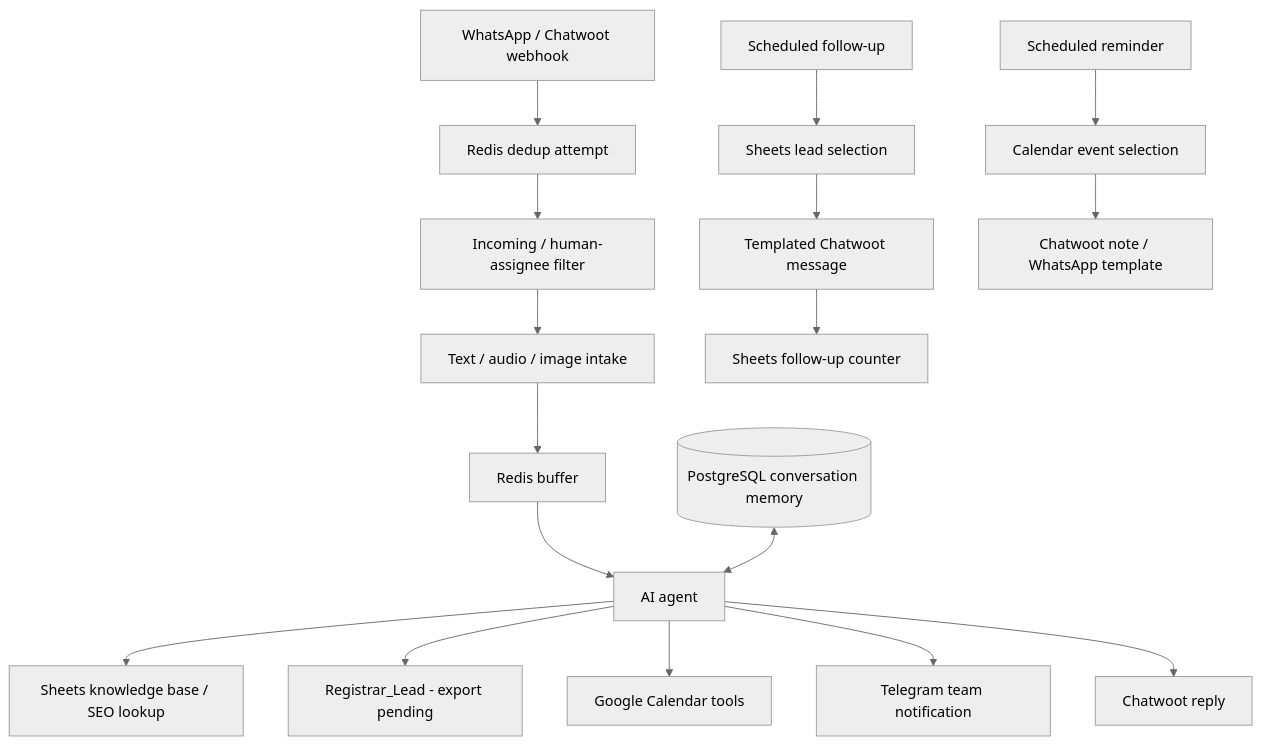
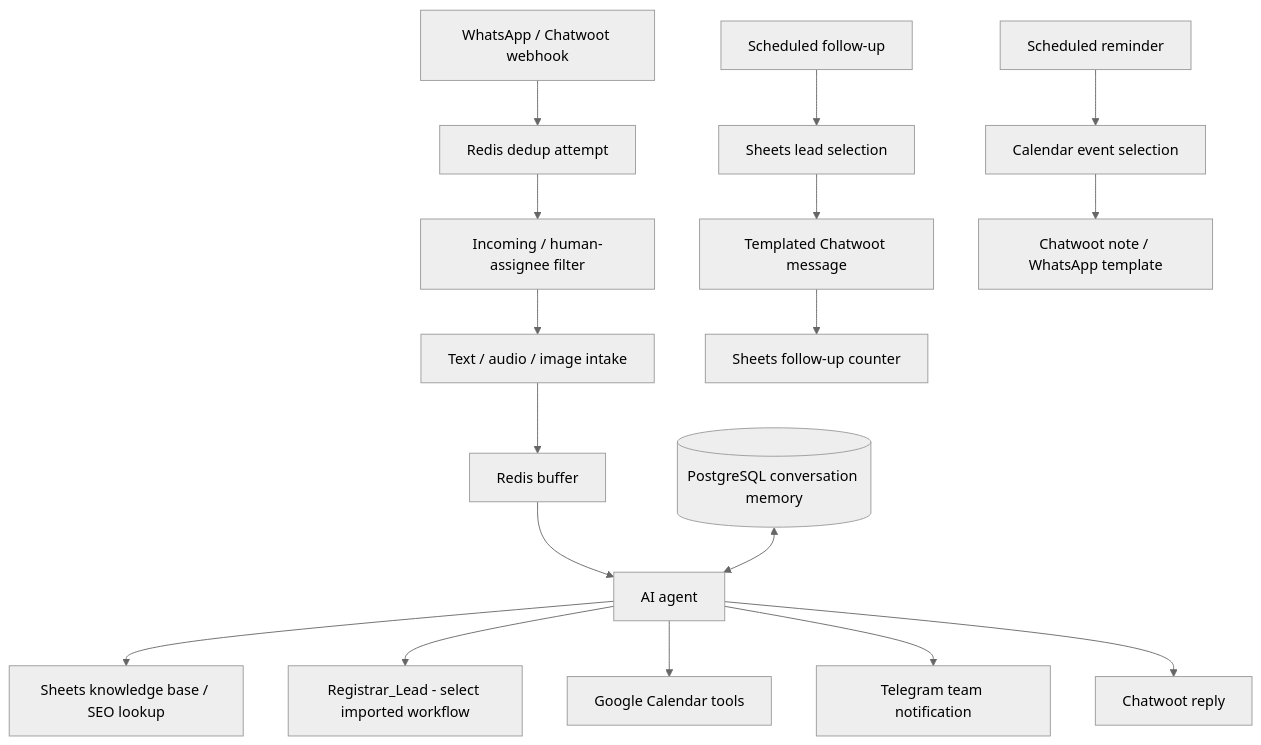
One commit to eduardoayalaq04/n8n-ai-whatsapp-sales-agent changed the diagram in README.md. Above: the diagram before and after it, drawn with Mermaid (neutral theme). The commit also changed other lines of this file and 4 other files, not shown here.

````diff
--- a/README.md
+++ b/README.md
@@ -23,19 +24,19 @@
 ```mermaid
 flowchart TD
   W[WhatsApp / Chatwoot webhook] --> D[Redis dedup attempt]
   D --> H[Incoming / human-assignee filter]
   H --> M[Text / audio / image intake]
   M --> B[Redis buffer]
   B --> A[AI agent]
   P[(PostgreSQL conversation memory)] <--> A
   A --> K[Sheets knowledge base / SEO lookup]
-  A --> R[Registrar_Lead - export pending]
+  A --> R[Registrar_Lead - select imported workflow]
   A --> C[Google Calendar tools]
   A --> T[Telegram team notification]
   A --> O[Chatwoot reply]
   S[Scheduled follow-up] --> L[Sheets lead selection]
   L --> F[Templated Chatwoot message]
   F --> U[Sheets follow-up counter]
   Q[Scheduled reminder] --> E[Calendar event selection]
   E --> N[Chatwoot note / WhatsApp template]
 ```
````
